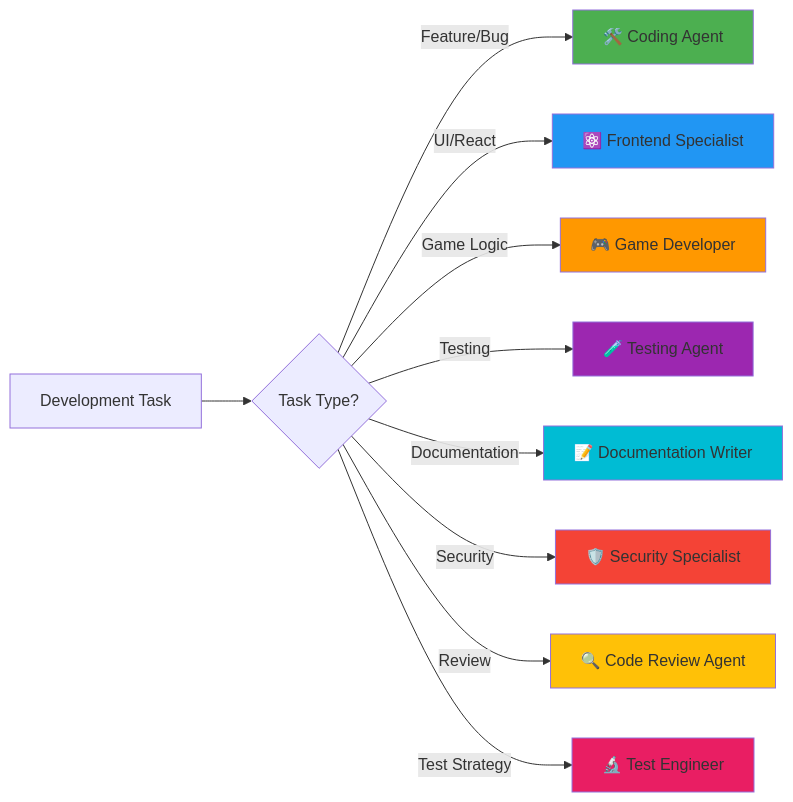
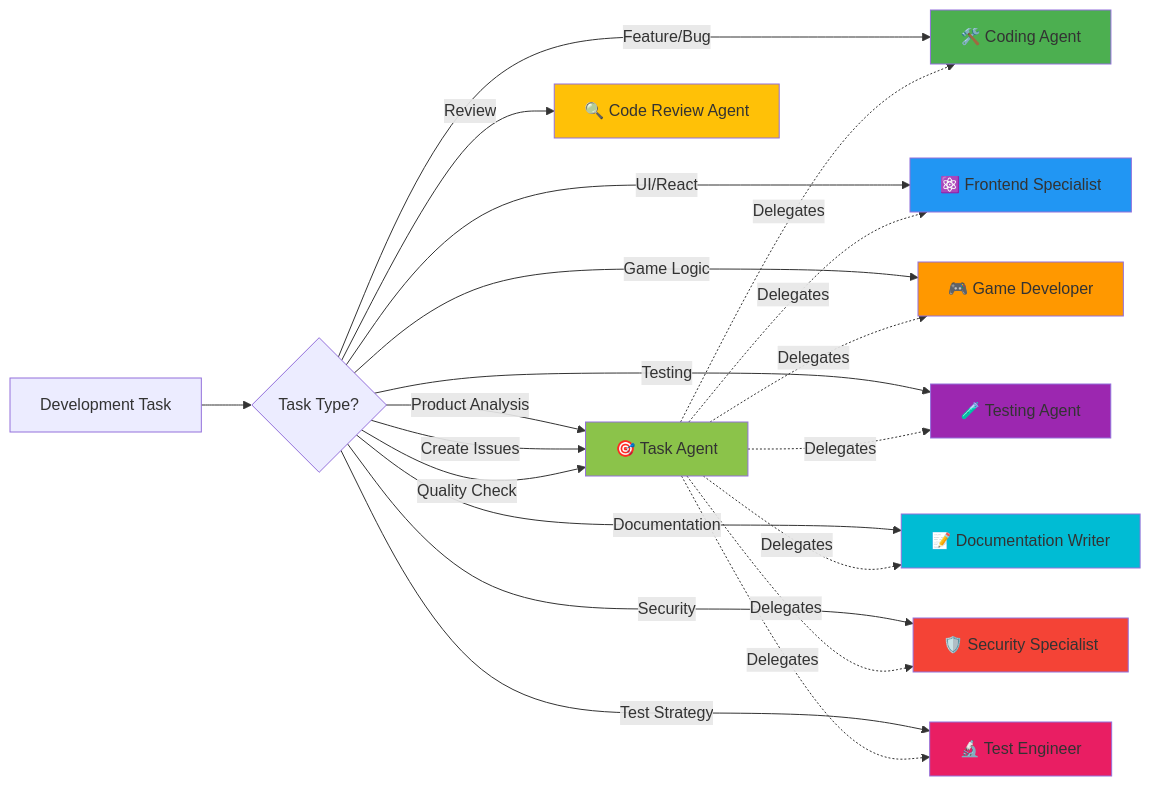
One commit to Hack23/blacktrigram changed the first of 3 diagrams in .github/agents/README.md. Above: the diagram before and after it, drawn with Mermaid. The commit also changed other lines of this file and 2 other files, not shown here.

Commit message:
Add task-agent for product quality orchestration and issue management

````diff
--- a/.github/agents/README.md
+++ b/.github/agents/README.md
@@ -9,21 +9,33 @@
 ```mermaid
 graph LR
     A[Development Task] --> B{Task Type?}
+    B -->|Product Analysis| K[🎯 Task Agent]
+    B -->|Create Issues| K
+    B -->|Quality Check| K
     B -->|Feature/Bug| C[🛠️ Coding Agent]
     B -->|UI/React| D[⚛️ Frontend Specialist]
     B -->|Game Logic| E[🎮 Game Developer]
     B -->|Testing| F[🧪 Testing Agent]
     B -->|Documentation| G[📝 Documentation Writer]
     B -->|Security| H[🛡️ Security Specialist]
     B -->|Review| I[🔍 Code Review Agent]
     B -->|Test Strategy| J[🔬 Test Engineer]
     
+    K -.Delegates.-> C
+    K -.Delegates.-> D
+    K -.Delegates.-> E
+    K -.Delegates.-> F
+    K -.Delegates.-> G
+    K -.Delegates.-> H
+    K -.Delegates.-> J
+    
+    style K fill:#8BC34A
     style C fill:#4CAF50
     style D fill:#2196F3
     style E fill:#FF9800
     style F fill:#9C27B0
     style G fill:#00BCD4
     style H fill:#F44336
     style I fill:#FFC107
     style J fill:#E91E63
 ```
````
